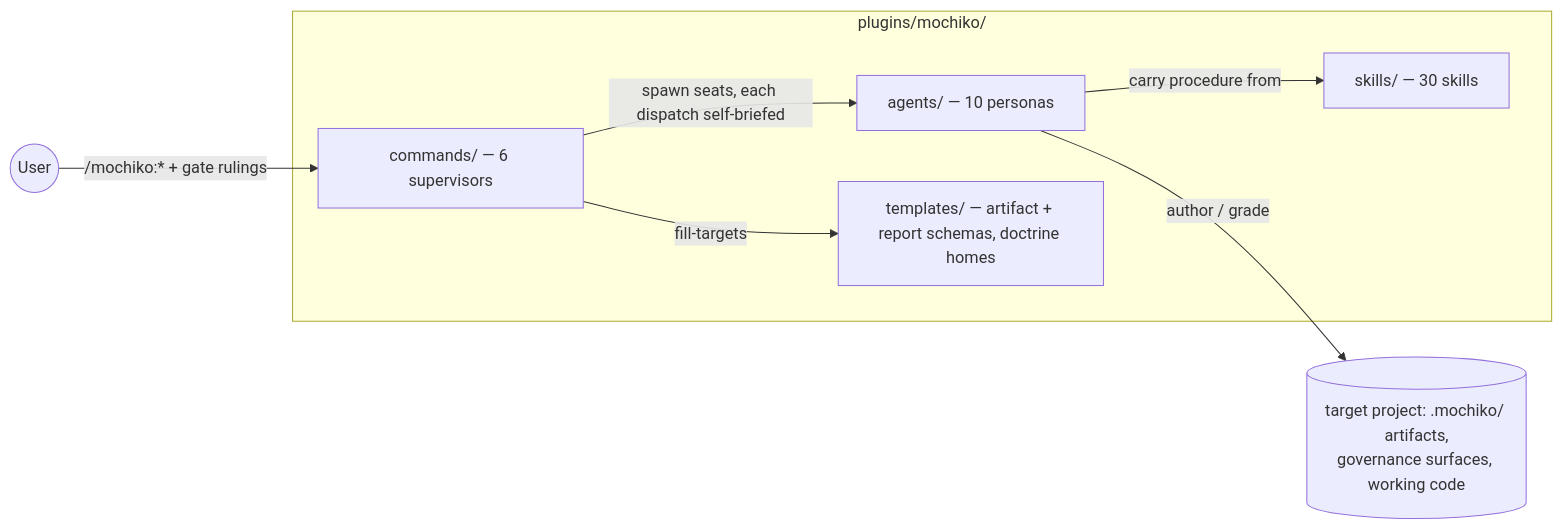
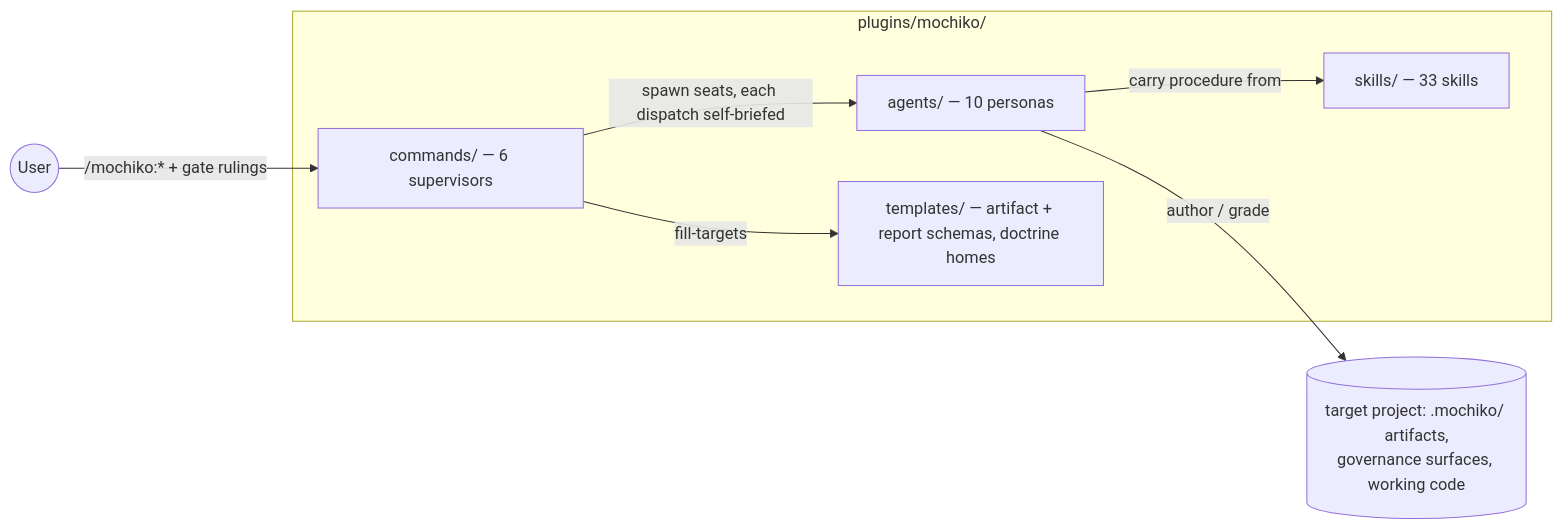
The first of 7 diagrams in ARCHITECTURE.md (humaninloop-dev/mochiko), drawn with Mermaid before and after one commit. The commit also changed other lines of this file and 18 other files, not shown here.

````diff
--- a/ARCHITECTURE.md
+++ b/ARCHITECTURE.md
@@ -20,15 +20,15 @@
 ```mermaid
 flowchart LR
   user(("User"))
   user -->|"/mochiko:* + gate rulings"| commands
   subgraph plugin ["plugins/mochiko/"]
     commands["commands/ — 6 supervisors"]
     agents["agents/ — 10 personas"]
-    skills["skills/ — 30 skills"]
+    skills["skills/ — 33 skills"]
     templates["templates/ — artifact + report schemas, doctrine homes"]
     commands -->|"spawn seats, each dispatch self-briefed"| agents
     agents -->|"carry procedure from"| skills
     commands -->|"fill-targets"| templates
   end
   agents -->|"author / grade"| target[("target project: .mochiko/ artifacts,<br/>governance surfaces, working code")]
 ```
````
